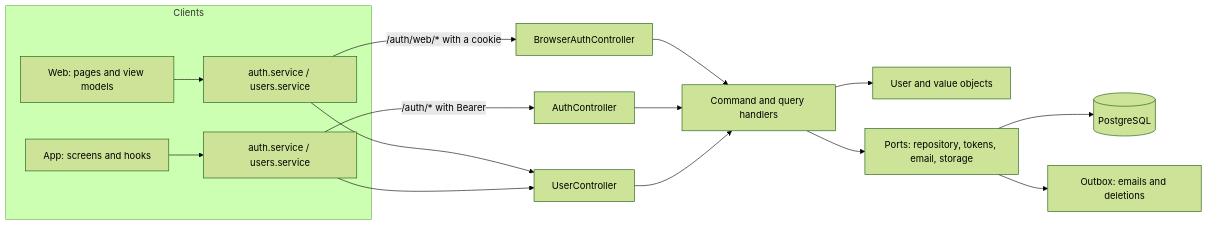
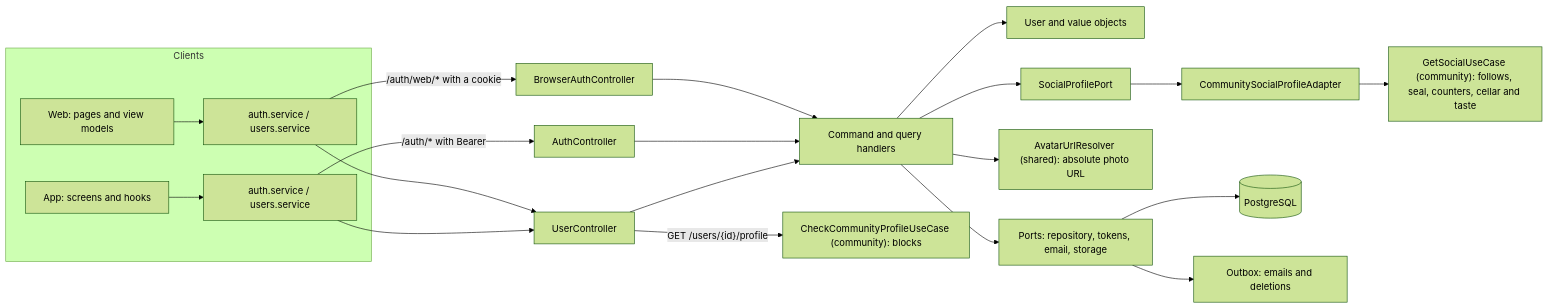
The first of 3 diagrams in docs/en/modules/users/architecture.md (Bielaszczuk/vinnot-demo), drawn with Mermaid (forest theme) before and after one commit. The commit also changed other lines of this file and 703 other files, not shown here.

````diff
--- a/docs/en/modules/users/architecture.md
+++ b/docs/en/modules/users/architecture.md
@@ -7,18 +7,23 @@
 ```mermaid
 flowchart LR
     subgraph Clients
         WEB["Web: pages and view models"] --> WSVC["auth.service / users.service"]
         APP["App: screens and hooks"] --> MSVC["auth.service / users.service"]
     end
     WSVC -->|"/auth/web/* with a cookie"| BAC["BrowserAuthController"]
     MSVC -->|"/auth/* with Bearer"| AC["AuthController"]
     WSVC --> UC["UserController"]
     MSVC --> UC
     BAC --> H["Command and query handlers"]
     AC --> H
     UC --> H
+    UC -->|"GET /users/{id}/profile"| CHK["CheckCommunityProfileUseCase (community): blocks"]
     H --> D["User and value objects"]
     H --> PORTS["Ports: repository, tokens, email, storage"]
+    H --> AVATAR["AvatarUrlResolver (shared): absolute photo URL"]
+    H --> SPP["SocialProfilePort"]
+    SPP --> CSPA["CommunitySocialProfileAdapter"]
+    CSPA --> GSU["GetSocialUseCase (community): follows, seal, counters, cellar and taste"]
     PORTS --> DB[("PostgreSQL")]
     PORTS --> OUTBOX["Outbox: emails and deletions"]
 ```
````
